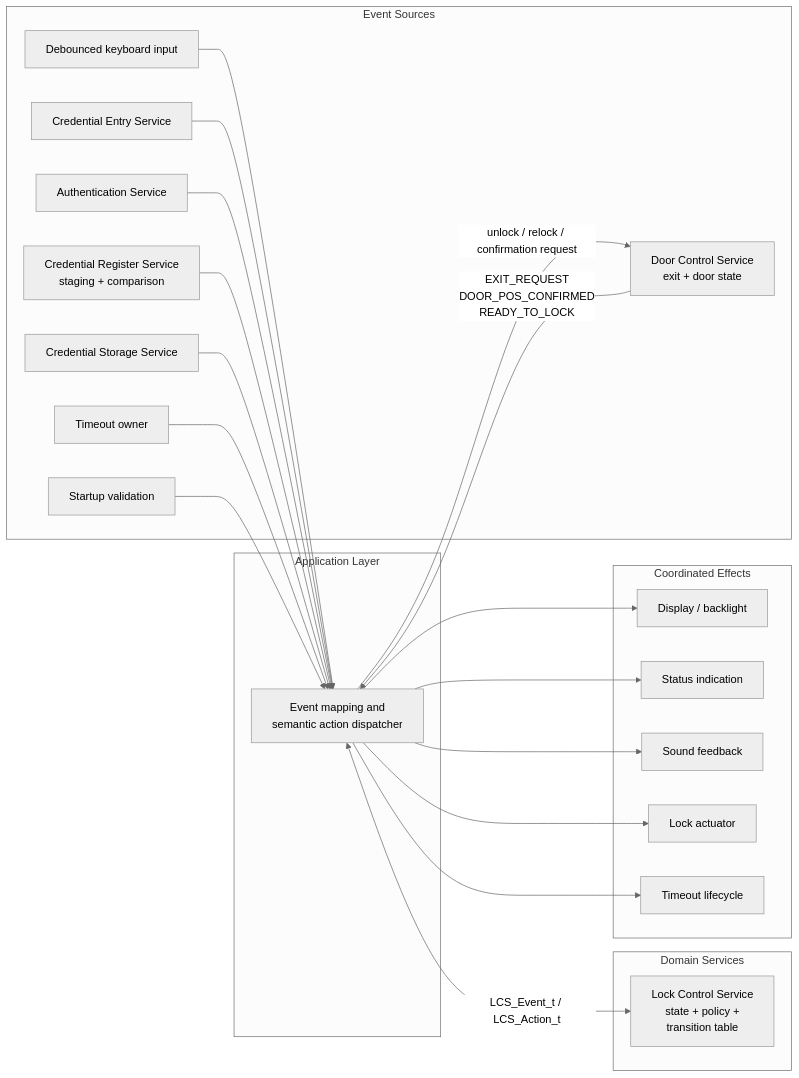
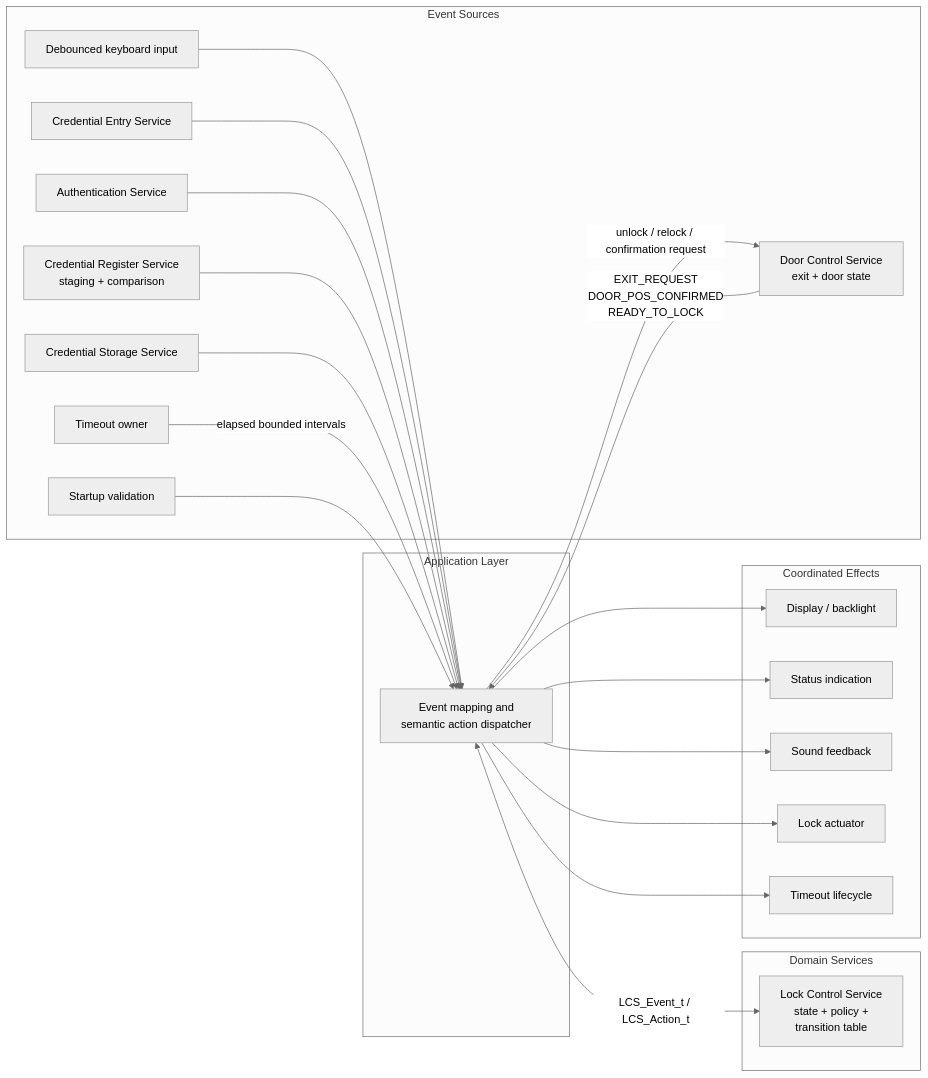
The first of 8 diagrams in Libs/Services/Lock_Control/README.md (JP-REY/STM32F103C8T6-Based-Electronic-Lock), drawn with Mermaid (neutral theme) before and after one commit. The commit also changed other lines of this file and 2 other files, not shown here.

First line of the commit message:
feature(lock-control): add door-held-open recovery flow

````diff
--- a/Libs/Services/Lock_Control/README.md
+++ b/Libs/Services/Lock_Control/README.md
@@ -169,45 +178,45 @@
 ```mermaid
 flowchart LR
     subgraph SOURCES["Event Sources"]
         INPUT["Debounced keyboard input"]
         CES["Credential Entry Service"]
         AUTH["Authentication Service"]
         REGISTER["Credential Register Service<br/>staging + comparison"]
         STORAGE["Credential Storage Service"]
         DCS["Door Control Service<br/>exit + door state"]
         TIME["Timeout owner"]
         BOOT["Startup validation"]
     end
 
     subgraph DOMAIN["Domain Services"]
         LCS["Lock Control Service<br/>state + policy + <br/>transition table"]
     end
 
     subgraph APP["Application Layer"]
         DISPATCH["Event mapping and<br/>semantic action dispatcher"]
     end
 
     subgraph EFFECTS["Coordinated Effects"]
         DISPLAY["Display / backlight"]
         STATUS["Status indication"]
         SOUND["Sound feedback"]
         LOCK["Lock actuator"]
         TIMERS["Timeout lifecycle"]
     end
 
     INPUT --> DISPATCH
     CES --> DISPATCH
     AUTH --> DISPATCH
     REGISTER --> DISPATCH
     STORAGE --> DISPATCH
     DCS -->|"EXIT_REQUEST<br/>DOOR_POS_CONFIRMED<br/>READY_TO_LOCK"| DISPATCH
-    TIME --> DISPATCH
+    TIME -->|"elapsed bounded intervals"| DISPATCH
     BOOT --> DISPATCH
     DISPATCH <-->|"LCS_Event_t / LCS_Action_t"| LCS
     DISPATCH -->|"unlock / relock / confirmation request"| DCS
     DISPATCH --> DISPLAY
     DISPATCH --> STATUS
     DISPATCH --> SOUND
     DISPATCH --> LOCK
     DISPATCH --> TIMERS
 ```
````
